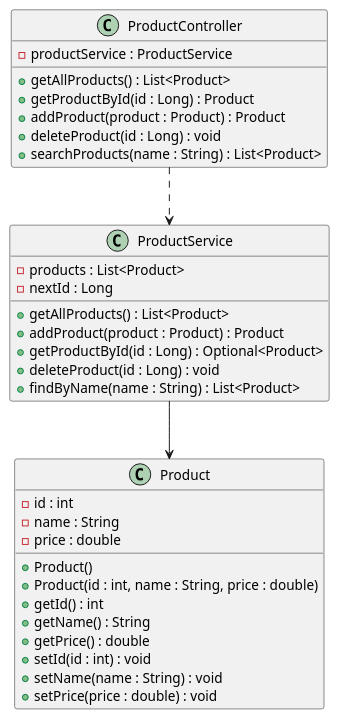
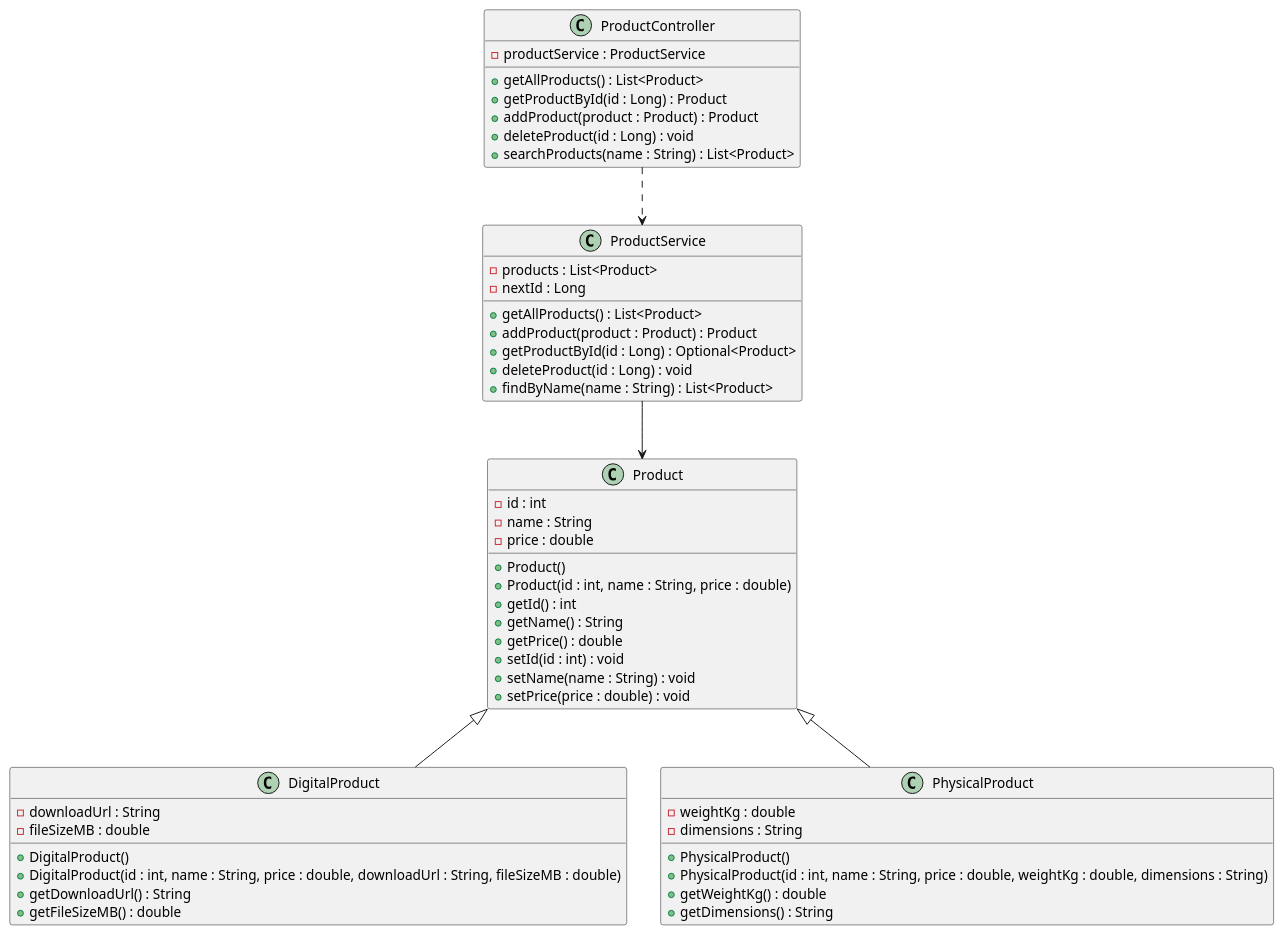
One commit to shakyadmskp-cpu/products-api changed the diagram in products-api/docs/uml/ProductsApi.puml. Above: the diagram before and after it, drawn with PlantUML. The commit also changed 4 other files, not shown here.

```diff
--- a/products-api/docs/uml/ProductsApi.puml
+++ b/products-api/docs/uml/ProductsApi.puml
@@ -1,39 +1,62 @@
 @startuml
 
 class Product {
   - id : int
   - name : String
   - price : double
   + Product()
   + Product(id : int, name : String, price : double)
   + getId() : int
   + getName() : String
   + getPrice() : double
   + setId(id : int) : void
   + setName(name : String) : void
   + setPrice(price : double) : void
 }
 
 class ProductService {
   - products : List<Product>
   - nextId : Long
   + getAllProducts() : List<Product>
   + addProduct(product : Product) : Product
   + getProductById(id : Long) : Optional<Product>
   + deleteProduct(id : Long) : void
   + findByName(name : String) : List<Product>
 }
 
 class ProductController {
   - productService : ProductService
   + getAllProducts() : List<Product>
   + getProductById(id : Long) : Product
   + addProduct(product : Product) : Product
   + deleteProduct(id : Long) : void
   + searchProducts(name : String) : List<Product>
 }
 
+
+class DigitalProduct {
+  - downloadUrl : String
+  - fileSizeMB : double
+  + DigitalProduct()
+  + DigitalProduct(id : int, name : String, price : double, downloadUrl : String, fileSizeMB : double)
+  + getDownloadUrl() : String
+  + getFileSizeMB() : double
+}
+
+class PhysicalProduct {
+  - weightKg : double
+  - dimensions : String
+  + PhysicalProduct()
+  + PhysicalProduct(id : int, name : String, price : double, weightKg : double, dimensions : String)
+  + getWeightKg() : double
+  + getDimensions() : String
+}
+
 ProductController ..> ProductService
 ProductService --> Product
 
+Product <|-- DigitalProduct
+Product <|-- PhysicalProduct
+
+
 @enduml
```
